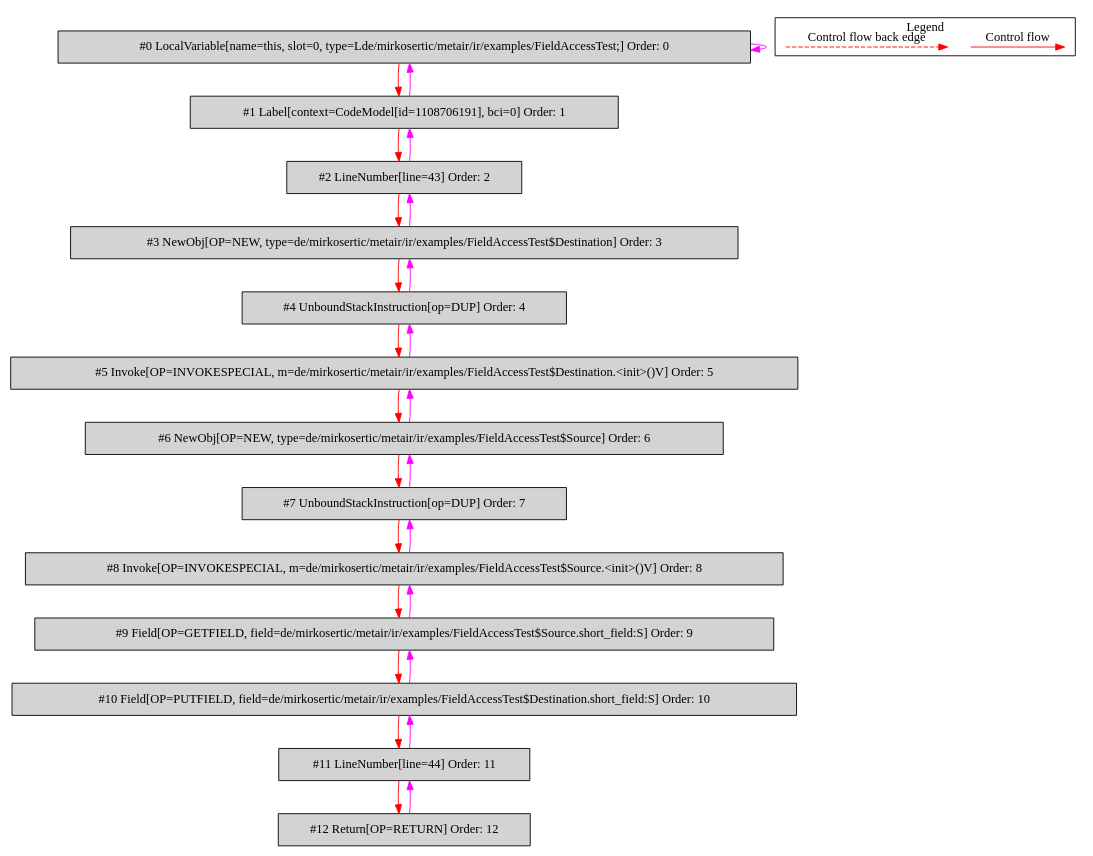
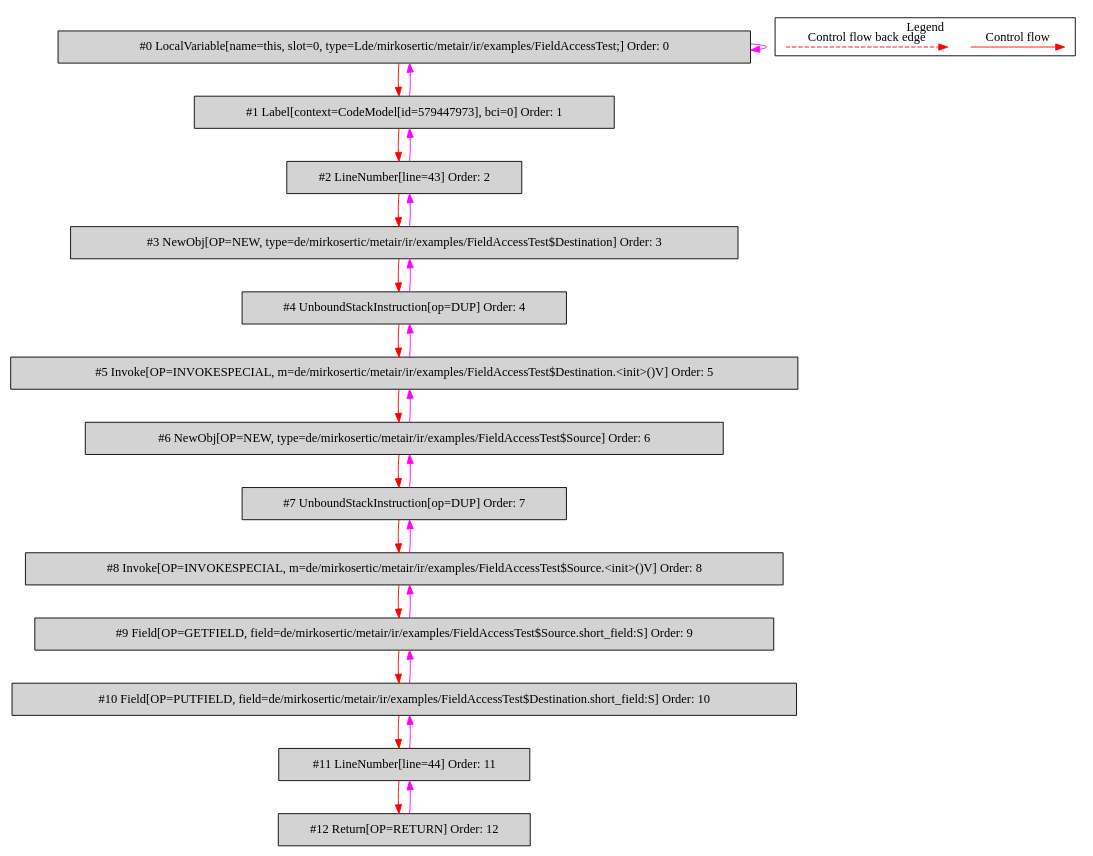
The diagram in de.mirkosertic.metair.ir.examples.FieldAccessTest/copy_short/bytecodecfg.dot (mirkosertic/MetaIR), drawn with Graphviz before and after one commit. The commit also changed 977 other files, not shown here.

```diff
--- a/de.mirkosertic.metair.ir.examples.FieldAccessTest/copy_short/bytecodecfg.dot
+++ b/de.mirkosertic.metair.ir.examples.FieldAccessTest/copy_short/bytecodecfg.dot
@@ -1,55 +1,55 @@
 digraph {
  ordering="in";
  node0[label="#0 LocalVariable[name=this, slot=0, type=Lde/mirkosertic/metair/ir/examples/FieldAccessTest;] Order: 0", shape=box, fillcolor=lightgrey, style=filled];
- node1[label="#1 Label[context=CodeModel[id=1108706191], bci=0] Order: 1", shape=box, fillcolor=lightgrey, style=filled];
+ node1[label="#1 Label[context=CodeModel[id=579447973], bci=0] Order: 1", shape=box, fillcolor=lightgrey, style=filled];
  node2[label="#2 LineNumber[line=43] Order: 2", shape=box, fillcolor=lightgrey, style=filled];
  node3[label="#3 NewObj[OP=NEW, type=de/mirkosertic/metair/ir/examples/FieldAccessTest$Destination] Order: 3", shape=box, fillcolor=lightgrey, style=filled];
  node4[label="#4 UnboundStackInstruction[op=DUP] Order: 4", shape=box, fillcolor=lightgrey, style=filled];
  node5[label="#5 Invoke[OP=INVOKESPECIAL, m=de/mirkosertic/metair/ir/examples/FieldAccessTest$Destination.<init>()V] Order: 5", shape=box, fillcolor=lightgrey, style=filled];
  node6[label="#6 NewObj[OP=NEW, type=de/mirkosertic/metair/ir/examples/FieldAccessTest$Source] Order: 6", shape=box, fillcolor=lightgrey, style=filled];
  node7[label="#7 UnboundStackInstruction[op=DUP] Order: 7", shape=box, fillcolor=lightgrey, style=filled];
  node8[label="#8 Invoke[OP=INVOKESPECIAL, m=de/mirkosertic/metair/ir/examples/FieldAccessTest$Source.<init>()V] Order: 8", shape=box, fillcolor=lightgrey, style=filled];
  node9[label="#9 Field[OP=GETFIELD, field=de/mirkosertic/metair/ir/examples/FieldAccessTest$Source.short_field:S] Order: 9", shape=box, fillcolor=lightgrey, style=filled];
  node10[label="#10 Field[OP=PUTFIELD, field=de/mirkosertic/metair/ir/examples/FieldAccessTest$Destination.short_field:S] Order: 10", shape=box, fillcolor=lightgrey, style=filled];
  node11[label="#11 LineNumber[line=44] Order: 11", shape=box, fillcolor=lightgrey, style=filled];
  node12[label="#12 Return[OP=RETURN] Order: 12", shape=box, fillcolor=lightgrey, style=filled];
  node0 -> node0[color=fuchsia];
  node0 -> node1[color=red];
  node1 -> node0[color=fuchsia];
  node1 -> node2[color=red];
  node2 -> node1[color=fuchsia];
  node2 -> node3[color=red];
  node3 -> node2[color=fuchsia];
  node3 -> node4[color=red];
  node4 -> node3[color=fuchsia];
  node4 -> node5[color=red];
  node5 -> node4[color=fuchsia];
  node5 -> node6[color=red];
  node6 -> node5[color=fuchsia];
  node6 -> node7[color=red];
  node7 -> node6[color=fuchsia];
  node7 -> node8[color=red];
  node8 -> node7[color=fuchsia];
  node8 -> node9[color=red];
  node9 -> node8[color=fuchsia];
  node9 -> node10[color=red];
  node10 -> node9[color=fuchsia];
  node10 -> node11[color=red];
  node11 -> node10[color=fuchsia];
  node11 -> node12[color=red];
  node12 -> node11[color=fuchsia];
  subgraph cluster_000 {
   label = "Legend";
   node [shape=point]
   {
    rank=same;
    c0 [style = invis];
    c1 [style = invis];
    c2 [style = invis];
    c3 [style = invis];
   }
   c0 -> c1 [label="Control flow", style=solid, color=red]
   c2 -> c3 [label="Control flow back edge", style=dashed, color=red]
  }
 
 }
```
